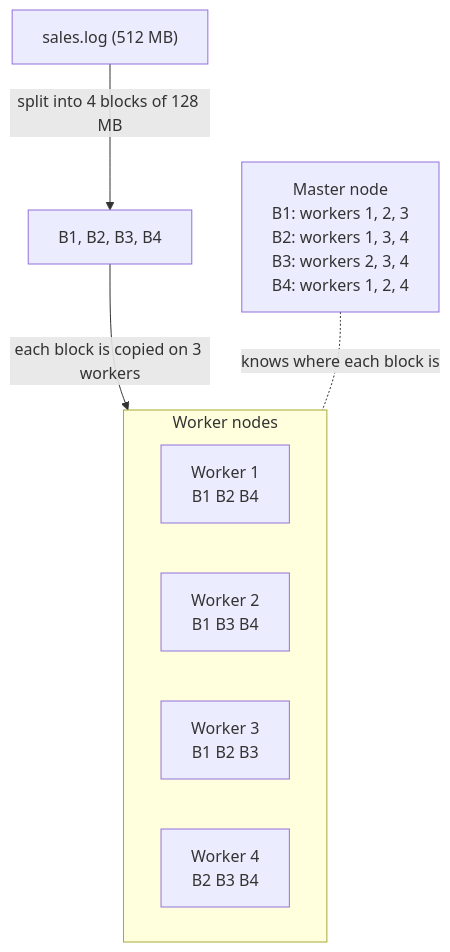
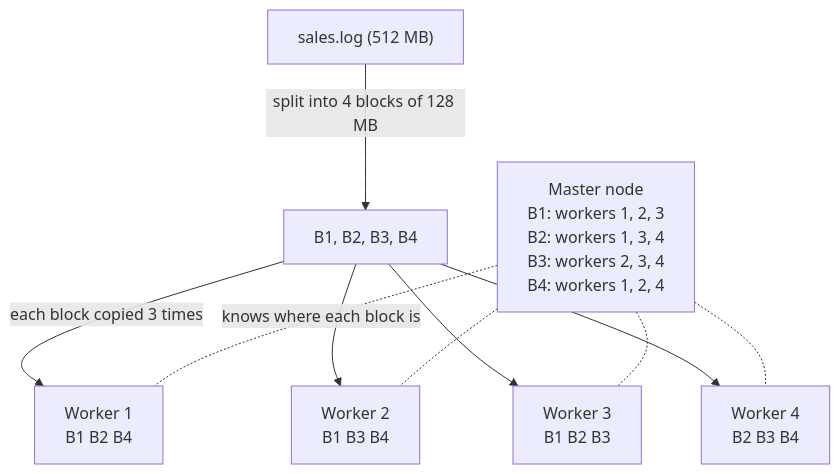
One commit to Naviden/Introduction-to-Big-Data-and-NoSQL changed the first of 2 diagrams in lessons/06_big_data_technologies.md. Above: the diagram before and after it, drawn with Mermaid. The commit also changed other lines of this file, not shown here.

Commit message:
restore cluster diagram, clarify data moves once

````diff
--- a/lessons/06_big_data_technologies.md
+++ b/lessons/06_big_data_technologies.md
@@ -25,12 +25,13 @@
 ```mermaid
 flowchart TB
     file["sales.log (512 MB)"] -->|"split into 4 blocks of 128 MB"| blocks["B1, B2, B3, B4"]
-    blocks -->|"each block is copied on 3 workers"| workers
-    master["Master node<br/>B1: workers 1, 2, 3<br/>B2: workers 1, 3, 4<br/>B3: workers 2, 3, 4<br/>B4: workers 1, 2, 4"] -.-|"knows where each block is"| workers
-    subgraph workers["Worker nodes"]
-        W1["Worker 1<br/>B1 B2 B4"]
-        W2["Worker 2<br/>B1 B3 B4"]
-        W3["Worker 3<br/>B1 B2 B3"]
-        W4["Worker 4<br/>B2 B3 B4"]
-    end
+    master["Master node<br/>B1: workers 1, 2, 3<br/>B2: workers 1, 3, 4<br/>B3: workers 2, 3, 4<br/>B4: workers 1, 2, 4"]
+    blocks -->|"each block copied 3 times"| W1["Worker 1<br/>B1 B2 B4"]
+    blocks --> W2["Worker 2<br/>B1 B3 B4"]
+    blocks --> W3["Worker 3<br/>B1 B2 B3"]
+    blocks --> W4["Worker 4<br/>B2 B3 B4"]
+    master -.-|"knows where each block is"| W1
+    master -.- W2
+    master -.- W3
+    master -.- W4
 ```
````
